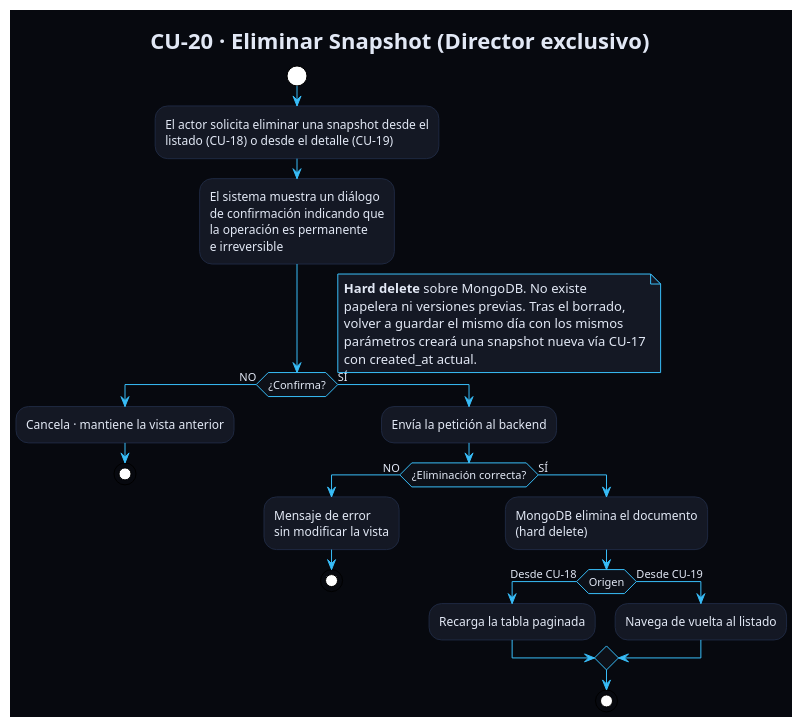
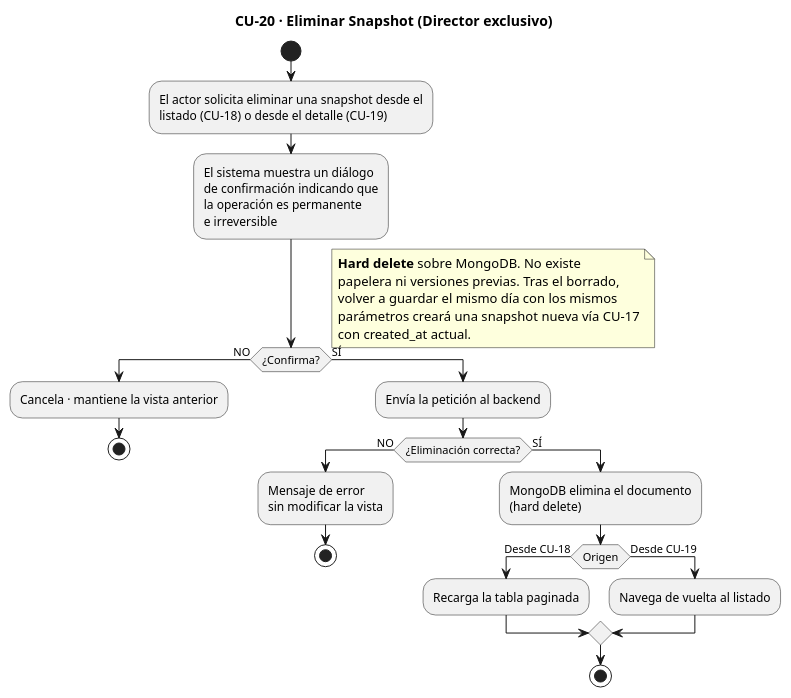
Before and after one commit to ceesargaarcia/GII-TFG-2026: the diagram in Estudiantes/cesar-garcia-eguiguren/Capítulo-2/diagramas/CdU/flujoCU20.puml, drawn with PlantUML. The commit also changed 74 other files, not shown here.

```diff
--- a/Estudiantes/cesar-garcia-eguiguren/Capítulo-2/diagramas/CdU/flujoCU20.puml
+++ b/Estudiantes/cesar-garcia-eguiguren/Capítulo-2/diagramas/CdU/flujoCU20.puml
@@ -1,54 +1,44 @@
 @startuml flujoCU20
-!theme plain
-skinparam backgroundColor #07090F
-skinparam defaultFontColor #E2E8F5
-skinparam ArrowColor #38BDF8
-skinparam ActivityBorderColor #1E2840
-skinparam ActivityBackgroundColor #141824
-skinparam ActivityDiamondBackgroundColor #0D1018
-skinparam ActivityDiamondBorderColor #38BDF8
-skinparam NoteBackgroundColor #141824
-skinparam NoteBorderColor #38BDF8
 
 title CU-20 · Eliminar Snapshot (Director exclusivo)
 
 start
 :El actor solicita eliminar una snapshot desde el
 listado (CU-18) o desde el detalle (CU-19);
 
 :El sistema muestra un diálogo
 de confirmación indicando que
 la operación es permanente
 e irreversible;
 
 if (¿Confirma?) then (NO)
   :Cancela · mantiene la vista anterior;
   stop
 else (SÍ)
   :Envía la petición al backend;
 
   if (¿Eliminación correcta?) then (NO)
     :Mensaje de error
     sin modificar la vista;
     stop
   else (SÍ)
     :MongoDB elimina el documento
     (hard delete);
     if (Origen) then (Desde CU-18)
       :Recarga la tabla paginada;
     else (Desde CU-19)
       :Navega de vuelta al listado;
     endif
     stop
   endif
 endif
 
 note right
   **Hard delete** sobre MongoDB. No existe
   papelera ni versiones previas. Tras el borrado,
   volver a guardar el mismo día con los mismos
   parámetros creará una snapshot nueva vía CU-17
   con created_at actual.
 end note
 
 @enduml
```
